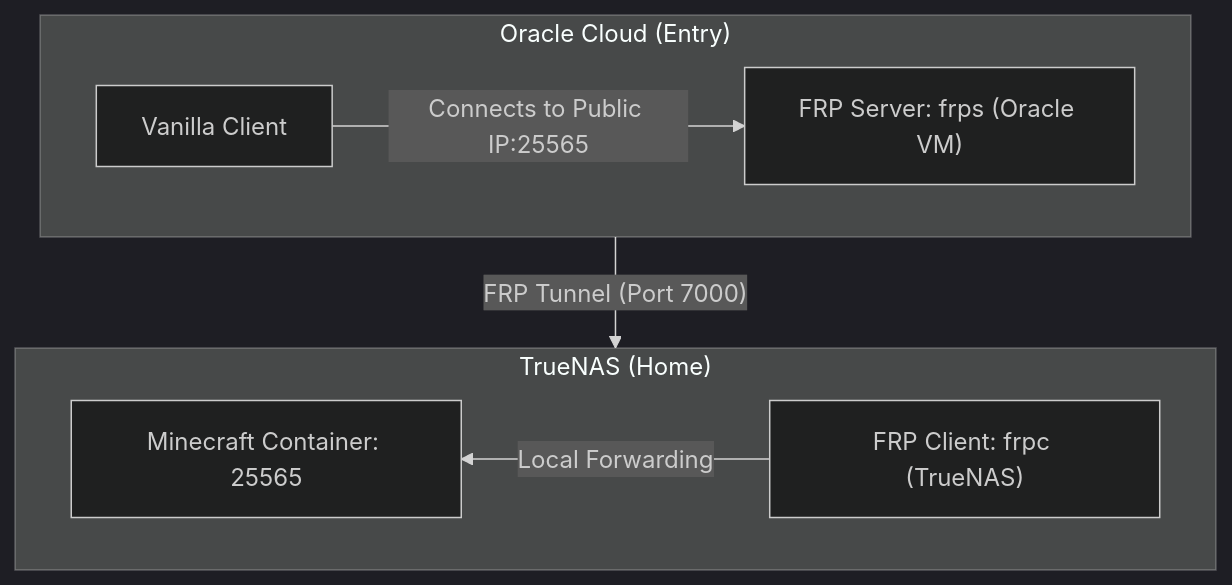
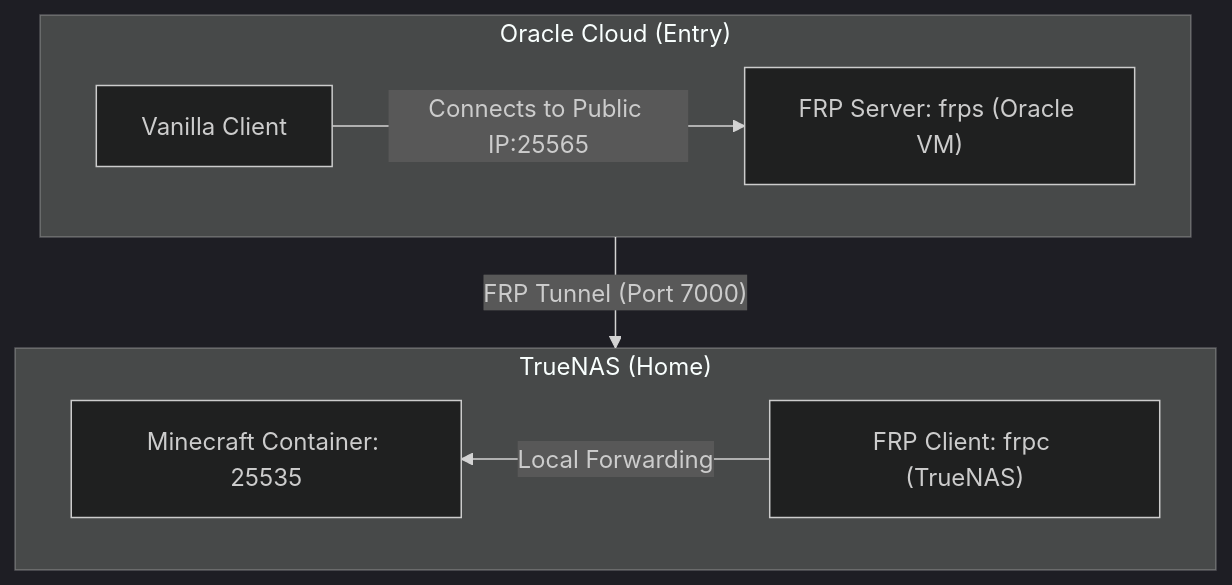
The diagram in NAS/Dakara Tasks/write Docs v2 - oracle tunnel/write Docs v2 - oracle tunnel.md (DanielKnourek/dakara-SmartHome), drawn with Mermaid (dark theme) before and after one commit. The commit also changed other lines of this file and 4 other files, not shown here.

````diff
--- a/NAS/Dakara Tasks/write Docs v2 - oracle tunnel/write Docs v2 - oracle tunnel.md
+++ b/NAS/Dakara Tasks/write Docs v2 - oracle tunnel/write Docs v2 - oracle tunnel.md
@@ -51,14 +51,14 @@
 ```mermaid
 flowchart TB
     subgraph Row1 ["Oracle Cloud (Entry)"]
         direction LR
         Player["Vanilla Client"] -- "Connects to Public IP:25565" --> FRPS["FRP Server: frps (Oracle VM)"]
     end
 
     subgraph Row2 ["TrueNAS (Home)"]
         direction RL
-        FRPC["FRP Client: frpc (TrueNAS)"] -- "Local Forwarding" --> MC["Minecraft Container: 25565"]
+        FRPC["FRP Client: frpc (TrueNAS)"] -- "Local Forwarding" --> MC["Minecraft Container: 25535"]
     end
 
     FRPS -- "FRP Tunnel (Port 7000)" --> FRPC
 ```
````
